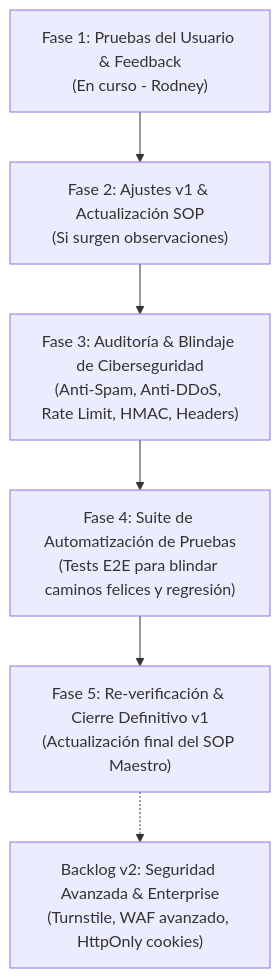
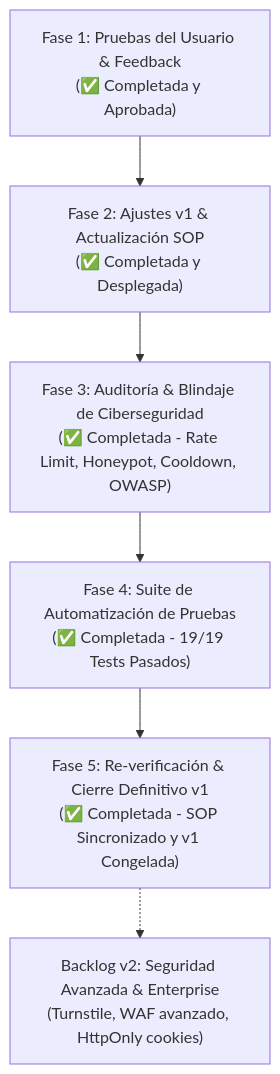
One commit to rodney-estigarribia/SentinelIDPY changed the diagram in docs/roadmap_portal_v1_ciberseguridad.md. Above: the diagram before and after it, drawn with Mermaid. The commit also changed other lines of this file and 1 other file, not shown here.

Commit message:
docs: finalize Phase 5 - update Master SOP with cybersecurity rules & regression test suite, lock v1

````diff
--- a/docs/roadmap_portal_v1_ciberseguridad.md
+++ b/docs/roadmap_portal_v1_ciberseguridad.md
@@ -9,8 +9,8 @@
 ```mermaid
 flowchart TD
-    F1["Fase 1: Pruebas del Usuario & Feedback<br/>(En curso - Rodney)"] --> F2["Fase 2: Ajustes v1 & Actualización SOP<br/>(Si surgen observaciones)"]
-    F2 --> F3["Fase 3: Auditoría & Blindaje de Ciberseguridad<br/>(Anti-Spam, Anti-DDoS, Rate Limit, HMAC, Headers)"]
-    F3 --> F4["Fase 4: Suite de Automatización de Pruebas<br/>(Tests E2E para blindar caminos felices y regresión)"]
-    F4 --> F5["Fase 5: Re-verificación & Cierre Definitivo v1<br/>(Actualización final del SOP Maestro)"]
+    F1["Fase 1: Pruebas del Usuario & Feedback<br/>(✅ Completada y Aprobada)"] --> F2["Fase 2: Ajustes v1 & Actualización SOP<br/>(✅ Completada y Desplegada)"]
+    F2 --> F3["Fase 3: Auditoría & Blindaje de Ciberseguridad<br/>(✅ Completada - Rate Limit, Honeypot, Cooldown, OWASP)"]
+    F3 --> F4["Fase 4: Suite de Automatización de Pruebas<br/>(✅ Completada - 19/19 Tests Pasados)"]
+    F4 --> F5["Fase 5: Re-verificación & Cierre Definitivo v1<br/>(✅ Completada - SOP Sincronizado y v1 Congelada)"]
     F5 -.-> V2["Backlog v2: Seguridad Avanzada & Enterprise<br/>(Turnstile, WAF avanzado, HttpOnly cookies)"]
 ```
````
